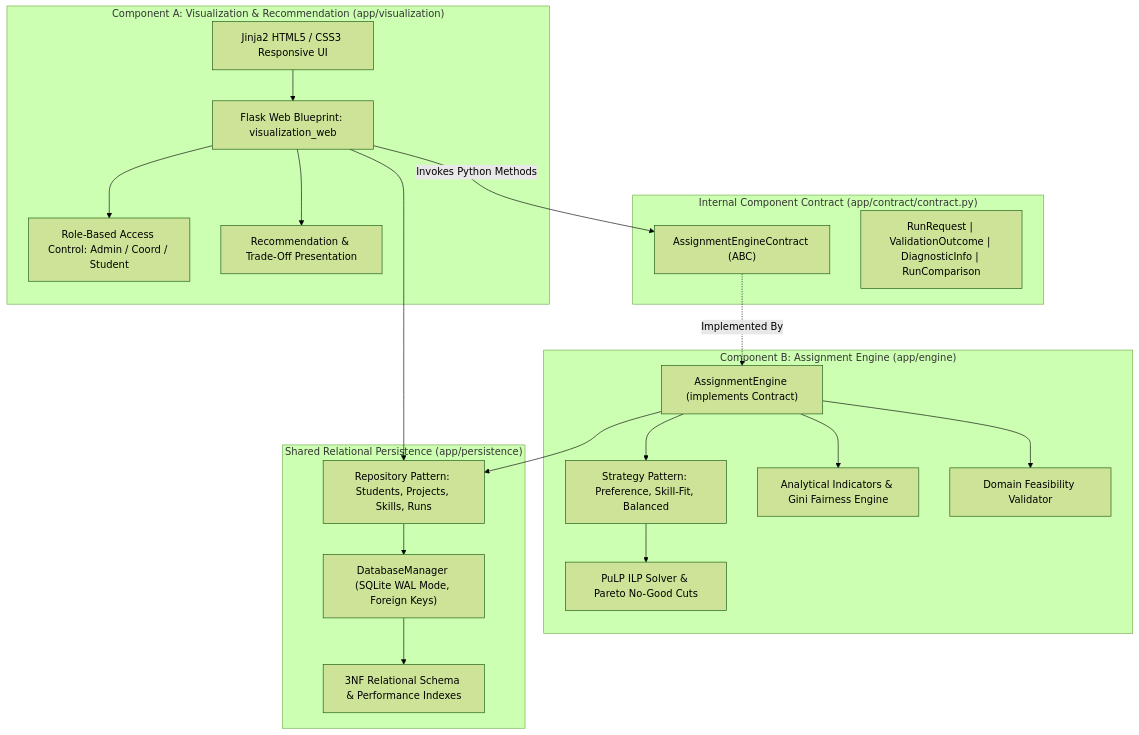
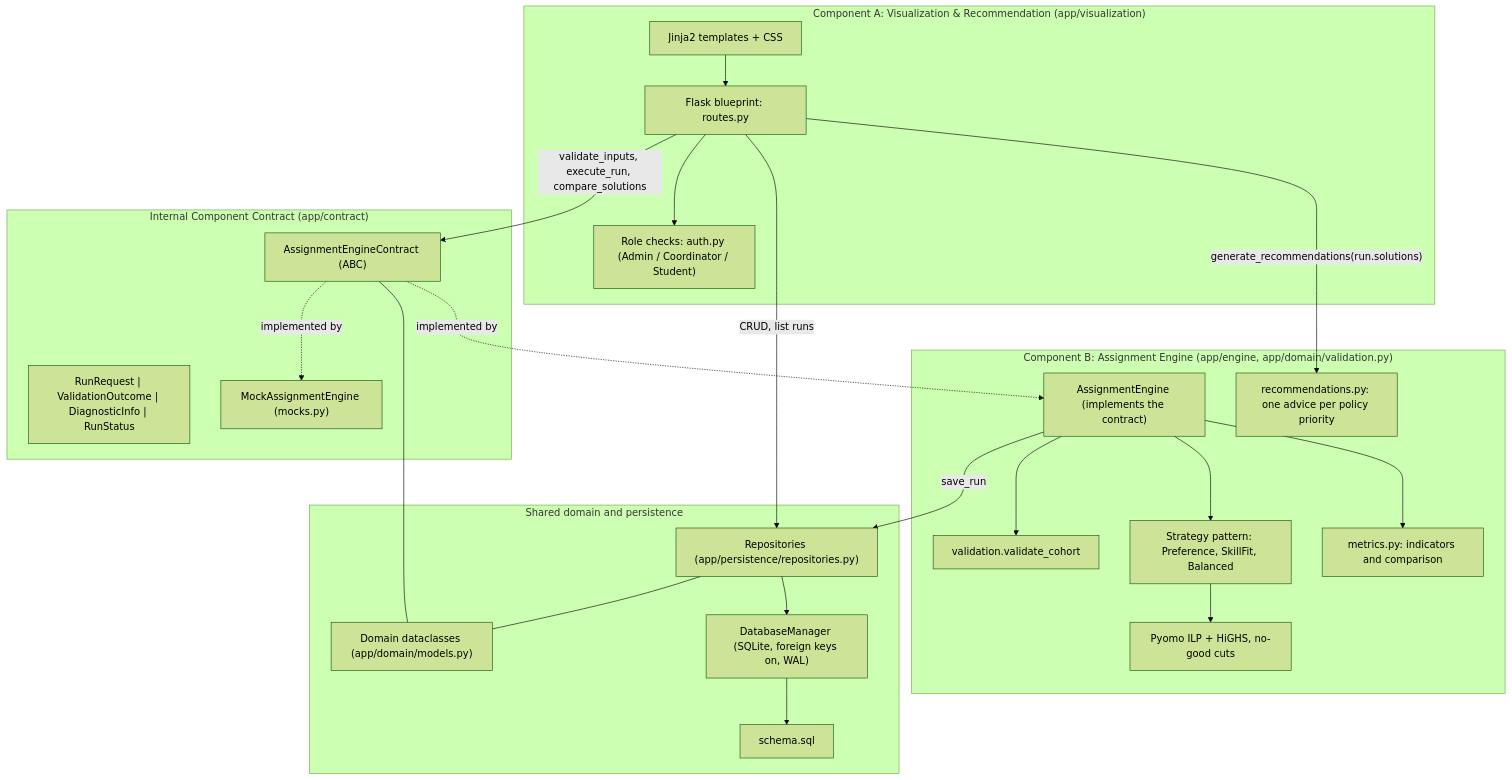
One commit to Casperwaale/TECH5-Group5-6-CollabProject changed the first of 4 diagrams in docs/architecture.md. Above: the diagram before and after it, drawn with Mermaid (forest theme). The commit also changed other lines of this file, not shown here.

First line of the commit message:
docs: update the architecture doc to the real system and add class diagrams

````diff
--- a/docs/architecture.md
+++ b/docs/architecture.md
@@ -20,44 +20,50 @@
 ```mermaid
 flowchart TD
     subgraph Component_A["Component A: Visualization & Recommendation (app/visualization)"]
-        UI[Jinja2 HTML5 / CSS3 Responsive UI]
-        WebRoutes[Flask Web Blueprint: visualization_web]
-        RoleAuth[Role-Based Access Control: Admin / Coord / Student]
-        RecPresenter[Recommendation & Trade-Off Presentation]
+        UI["Jinja2 templates + CSS"]
+        WebRoutes["Flask blueprint: routes.py"]
+        RoleAuth["Role checks: auth.py (Admin / Coordinator / Student)"]
     end
 
-    subgraph InternalContract["Internal Component Contract (app/contract/contract.py)"]
+    subgraph InternalContract["Internal Component Contract (app/contract)"]
         ContractABC["AssignmentEngineContract (ABC)"]
-        DTOs["RunRequest | ValidationOutcome | DiagnosticInfo | RunComparison"]
+        DTOs["RunRequest | ValidationOutcome | DiagnosticInfo | RunStatus"]
+        Mock["MockAssignmentEngine (mocks.py)"]
     end
 
-    subgraph Component_B["Component B: Assignment Engine (app/engine)"]
-        SolverEngine["AssignmentEngine (implements Contract)"]
-        StrategyPattern["Strategy Pattern: Preference, Skill-Fit, Balanced"]
-        PuLPSolver["PuLP ILP Solver & Pareto No-Good Cuts"]
-        MetricsEngine["Analytical Indicators & Gini Fairness Engine"]
-        ValidationEngine["Domain Feasibility Validator"]
+    subgraph Component_B["Component B: Assignment Engine (app/engine, app/domain/validation.py)"]
+        SolverEngine["AssignmentEngine (implements the contract)"]
+        ValidationEngine["validation.validate_cohort"]
+        StrategyPattern["Strategy pattern: Preference, SkillFit, Balanced"]
+        ILP["Pyomo ILP + HiGHS, no-good cuts"]
+        MetricsEngine["metrics.py: indicators and comparison"]
+        RecEngine["recommendations.py: one advice per policy priority"]
     end
 
-    subgraph Persistence["Shared Relational Persistence (app/persistence)"]
-        DBMgr["DatabaseManager (SQLite WAL Mode, Foreign Keys)"]
-        Repos["Repository Pattern: Students, Projects, Skills, Runs"]
-        Schema["3NF Relational Schema & Performance Indexes"]
+    subgraph Shared["Shared domain and persistence"]
+        Models["Domain dataclasses (app/domain/models.py)"]
+        Repos["Repositories (app/persistence/repositories.py)"]
+        DBMgr["DatabaseManager (SQLite, foreign keys on, WAL)"]
+        Schema["schema.sql"]
     end
 
     UI --> WebRoutes
     WebRoutes --> RoleAuth
-    WebRoutes --> RecPresenter
-    WebRoutes -->|Invokes Python Methods| ContractABC
-    ContractABC -.->|Implemented By| SolverEngine
+    WebRoutes -->|"validate_inputs, execute_run, compare_solutions"| ContractABC
+    ContractABC -.->|implemented by| SolverEngine
+    ContractABC -.->|implemented by| Mock
+    WebRoutes -->|"generate_recommendations(run.solutions)"| RecEngine
 
+    SolverEngine --> ValidationEngine
     SolverEngine --> StrategyPattern
-    StrategyPattern --> PuLPSolver
+    StrategyPattern --> ILP
     SolverEngine --> MetricsEngine
-    SolverEngine --> ValidationEngine
 
-    WebRoutes --> Repos
-    SolverEngine --> Repos
+    WebRoutes -->|"CRUD, list runs"| Repos
+    SolverEngine -->|"save_run"| Repos
     Repos --> DBMgr
     DBMgr --> Schema
+
+    ContractABC --- Models
+    Repos --- Models
 ```
````
